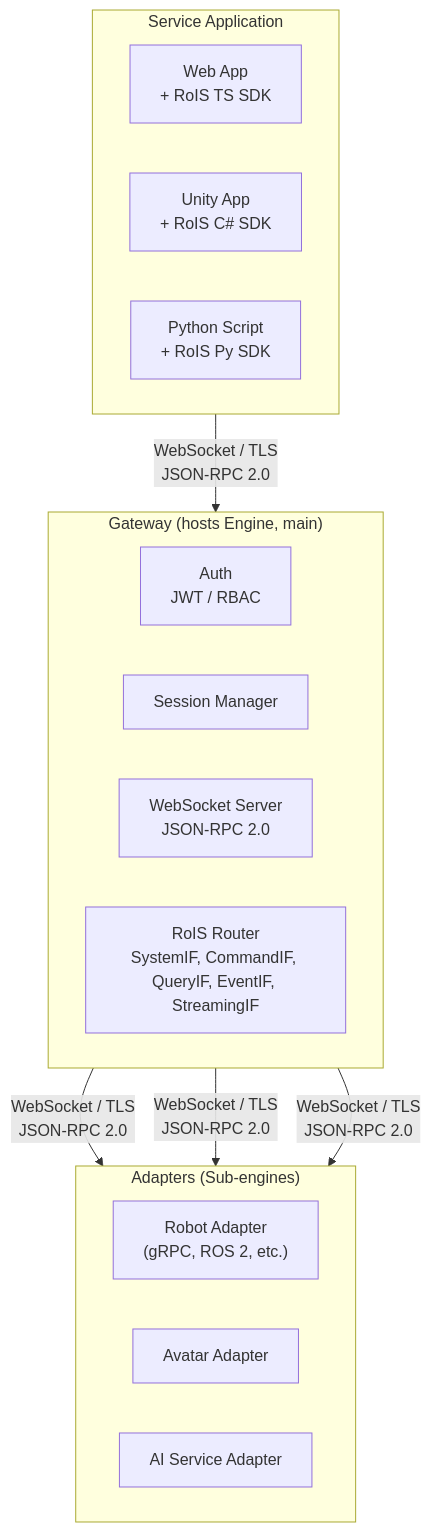
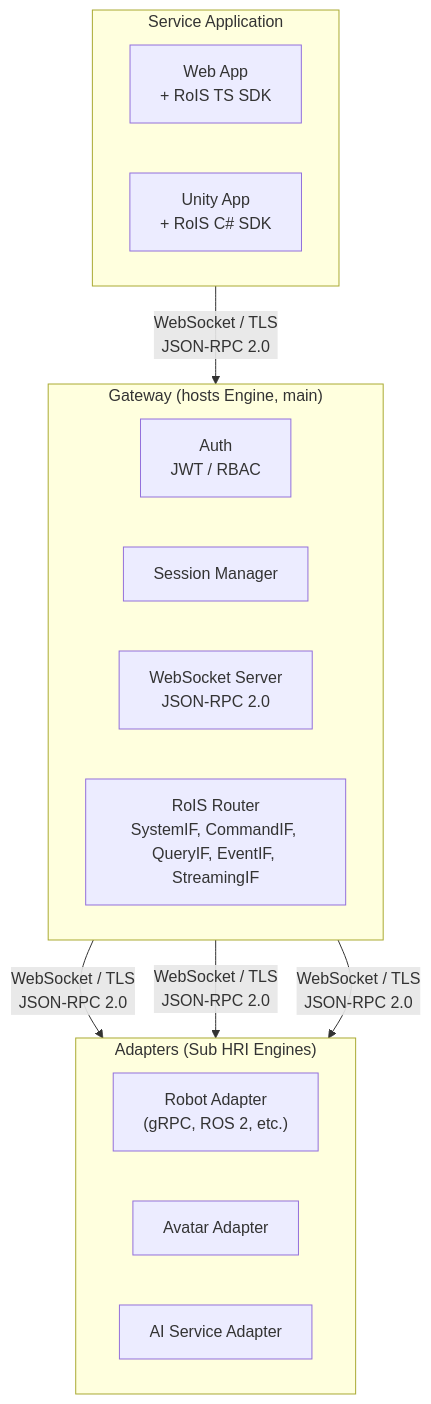
One commit to openrois/openrois changed the fifth of 18 diagrams in docs/white-paper.md. Above: the diagram before and after it, drawn with Mermaid. The commit also changed other lines of this file and 43 other files, not shown here.

````diff
--- a/docs/white-paper.md
+++ b/docs/white-paper.md
@@ -398,29 +402,28 @@
 ```mermaid
 flowchart TB
     subgraph L1["Service Application"]
         direction LR
         WebApp["Web App<br/>+ RoIS TS SDK"]
         UnityApp["Unity App<br/>+ RoIS C# SDK"]
-        PyScript["Python Script<br/>+ RoIS Py SDK"]
     end
 
     subgraph L2["Gateway (hosts Engine, main)"]
         direction LR
         Auth["Auth<br/>JWT / RBAC"]
         Session["Session Manager"]
         WSServer["WebSocket Server<br/>JSON-RPC 2.0"]
         Router["RoIS Router<br/>SystemIF, CommandIF, QueryIF, EventIF, StreamingIF"]
     end
 
-    subgraph L3["Adapters (Sub-engines)"]
+    subgraph L3["Adapters (Sub HRI Engines)"]
         direction LR
         RobotAdapter["Robot Adapter<br/>(gRPC, ROS 2, etc.)"]
         AvatarAdapter["Avatar Adapter"]
         ServiceAdapter["AI Service Adapter"]
     end
 
     L1 -->|"WebSocket / TLS<br/>JSON-RPC 2.0"| L2
     L2 -->|"WebSocket / TLS<br/>JSON-RPC 2.0"| RobotAdapter
     L2 -->|"WebSocket / TLS<br/>JSON-RPC 2.0"| AvatarAdapter
     L2 -->|"WebSocket / TLS<br/>JSON-RPC 2.0"| ServiceAdapter
 ```
````
